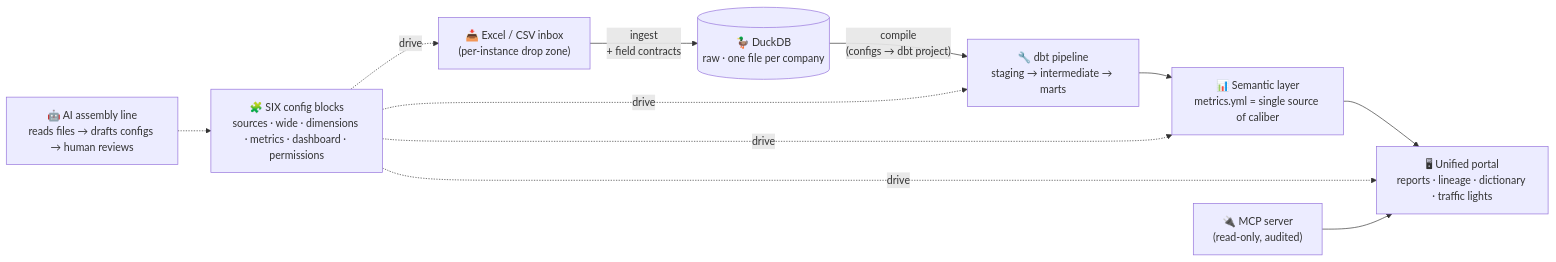
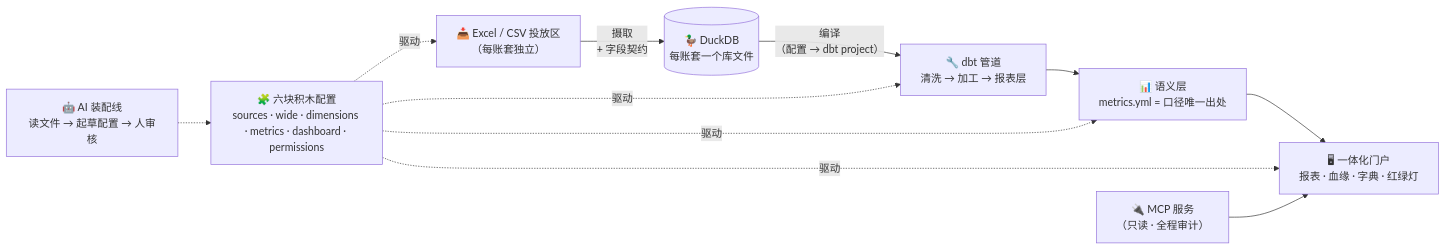
One commit to August06exe/clearledger changed the diagram in README.md. Above: the diagram before and after it, drawn with Mermaid. The commit also changed other lines of this file and 2 other files, not shown here.

````diff
--- a/README.md
+++ b/README.md
@@ -62,13 +58,13 @@
 ```mermaid
 flowchart LR
-    A["📥 Excel / CSV inbox<br/>(per-instance drop zone)"] -->|"ingest<br/>+ field contracts"| B[("🦆 DuckDB<br/>raw · one file per company")]
-    B -->|"compile<br/>(configs → dbt project)"| C["🔧 dbt pipeline<br/>staging → intermediate → marts"]
-    C --> D["📊 Semantic layer<br/>metrics.yml = single source of caliber"]
-    D --> E["🖥 Unified portal<br/>reports · lineage · dictionary · traffic lights"]
-    F["🧩 SIX config blocks<br/>sources · wide · dimensions · metrics · dashboard · permissions"] -.->|drive| A
-    F -.->|drive| C
-    F -.->|drive| D
-    F -.->|drive| E
-    G["🤖 AI assembly line<br/>reads files → drafts configs → human reviews"] -.-> F
-    H["🔌 MCP server<br/>(read-only, audited)"] --> E
+    A["📥 Excel / CSV 投放区<br/>（每账套独立）"] -->|"摄取<br/>+ 字段契约"| B[("🦆 DuckDB<br/>每账套一个库文件")]
+    B -->|"编译<br/>（配置 → dbt project）"| C["🔧 dbt 管道<br/>清洗 → 加工 → 报表层"]
+    C --> D["📊 语义层<br/>metrics.yml = 口径唯一出处"]
+    D --> E["🖥 一体化门户<br/>报表 · 血缘 · 字典 · 红绿灯"]
+    F["🧩 六块积木配置<br/>sources · wide · dimensions · metrics · dashboard · permissions"] -.->|驱动| A
+    F -.->|驱动| C
+    F -.->|驱动| D
+    F -.->|驱动| E
+    G["🤖 AI 装配线<br/>读文件 → 起草配置 → 人审核"] -.-> F
+    H["🔌 MCP 服务<br/>（只读 · 全程审计）"] --> E
 ```
````
